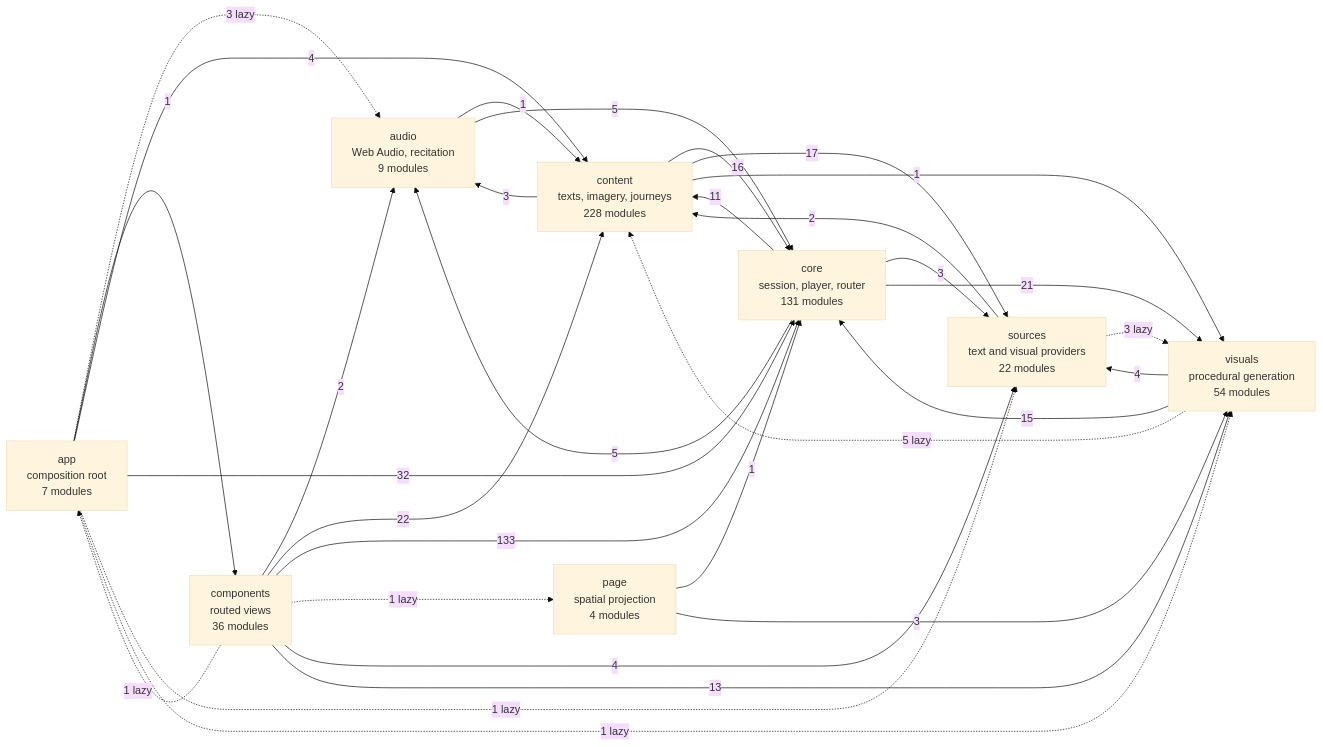
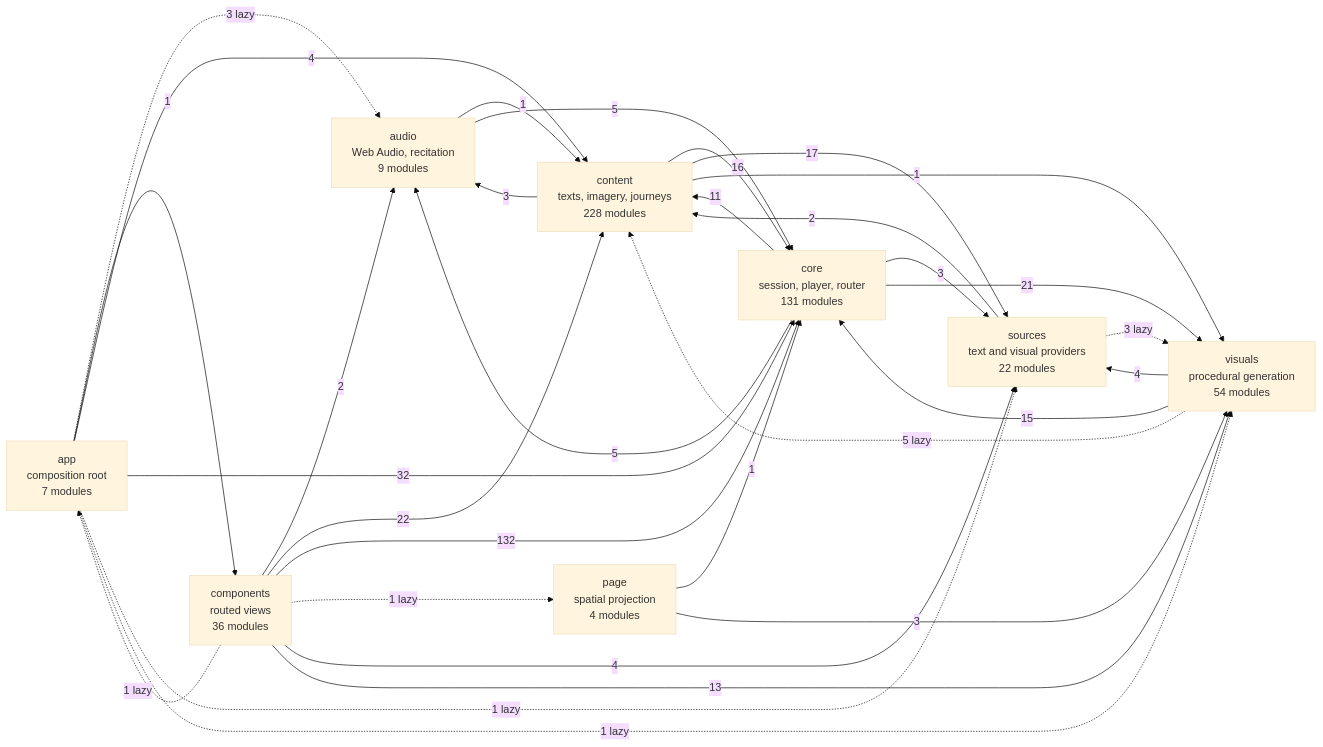
Before and after one commit to SyberLabs/RISE: the diagram in docs/specs/ARCHITECTURE.md, drawn with Mermaid (base theme).

Commit message:
Refresh architecture diagram after Jev palette import

````diff
--- a/docs/specs/ARCHITECTURE.md
+++ b/docs/specs/ARCHITECTURE.md
@@ -160,42 +160,42 @@
 ```mermaid
 flowchart LR
     app["app<br/>composition root<br/>7 modules"]
     audio["audio<br/>Web Audio, recitation<br/>9 modules"]
     components["components<br/>routed views<br/>36 modules"]
     content["content<br/>texts, imagery, journeys<br/>228 modules"]
     core["core<br/>session, player, router<br/>131 modules"]
     page["page<br/>spatial projection<br/>4 modules"]
     sources["sources<br/>text and visual providers<br/>22 modules"]
     visuals["visuals<br/>procedural generation<br/>54 modules"]
 
     app -.-> |3 lazy| audio
     app --> |1| components
     app --> |4| content
     app --> |32| core
     app -.-> |1 lazy| sources
     app -.-> |1 lazy| visuals
     audio --> |1| content
     audio --> |5| core
     components -.-> |1 lazy| app
     components --> |2| audio
     components --> |22| content
-    components --> |133| core
+    components --> |132| core
     components -.-> |1 lazy| page
     components --> |4| sources
     components --> |13| visuals
     content --> |3| audio
     content --> |16| core
     content --> |17| sources
     content --> |1| visuals
     core --> |5| audio
     core --> |11| content
     core --> |3| sources
     core --> |21| visuals
     page --> |1| core
     page --> |3| visuals
     sources --> |2| content
     sources -.-> |3 lazy| visuals
     visuals -.-> |5 lazy| content
     visuals --> |15| core
     visuals --> |4| sources
 ```
````
